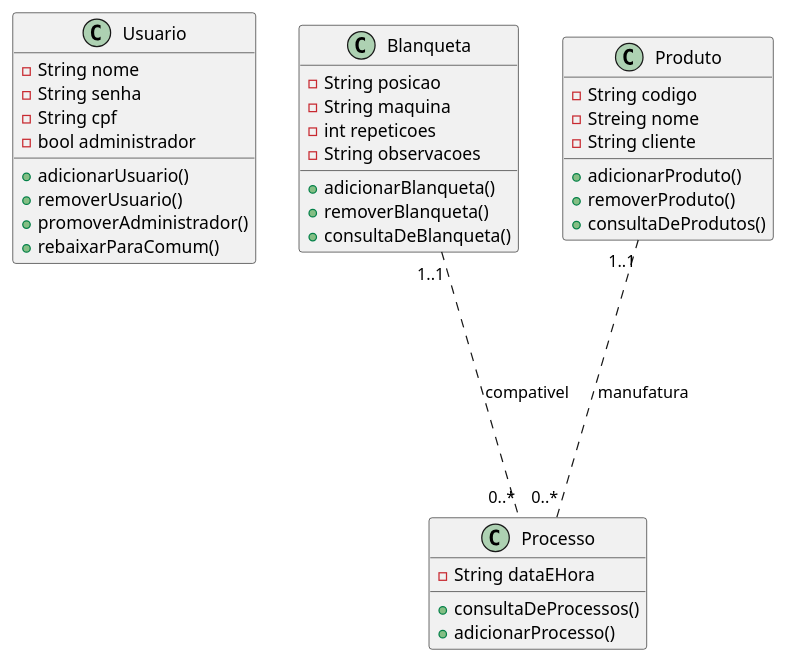
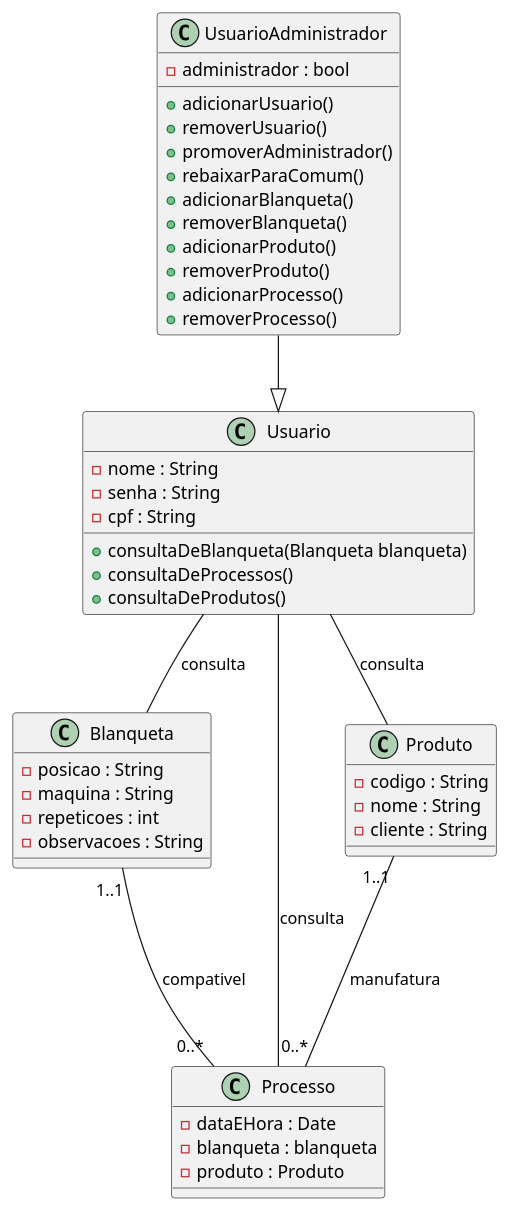
Before and after one commit to SoImRayh/AllController: the diagram in Diagramas/Classes.wsd, drawn with PlantUML. The commit also changed 7 other files, not shown here.

```diff
--- a/Diagramas/Classes.wsd
+++ b/Diagramas/Classes.wsd
@@ -1,40 +1,57 @@
 @startuml
 class Usuario{
-    -String nome
-    -String senha
-    -String cpf
-    -bool administrador
+    -nome : String
+    -senha : String
+    -cpf : String
+
+    +consultaDeBlanqueta(Blanqueta blanqueta)
+    +consultaDeProcessos()
+    +consultaDeProdutos()
+}
+class UsuarioAdministrador{
+    -administrador : bool
+    'controle de usuarios
     +adicionarUsuario()
     +removerUsuario()
     +promoverAdministrador()
     +rebaixarParaComum()
+    'controle de Blanquetas
+    +adicionarBlanqueta()
+    +removerBlanqueta()
+    'controle de Produtos
+    +adicionarProduto()
+    +removerProduto()
+    'controle de Processo
+    +adicionarProcesso()
+    +removerProcesso()
+}
+class Blanqueta{
+    -posicao : String
+    -maquina : String
+    -repeticoes : int
+    -observacoes : String
+}
+class Processo{
+    -dataEHora : Date
+    -blanqueta : blanqueta
+    -produto : Produto
+    
+}
+class Produto{
+    -codigo : String
+    -nome : String
+    -cliente : String
+    
     
 }
 
-class Blanqueta{
-    -String posicao
-    -String maquina
-    -int repeticoes
-    -String observacoes
-    +adicionarBlanqueta()
-    +removerBlanqueta()
-    +consultaDeBlanqueta()
-}
-class Processo{
-    -String dataEHora
-    +consultaDeProcessos()
-    +adicionarProcesso()
-}
 
-class Produto{
-    -String codigo
-    -Streing nome
-    -String cliente
-    +adicionarProduto()
-    +removerProduto()
-    +consultaDeProdutos()
-}
+Blanqueta "1..1" --- "0..*" Processo : compativel
+Produto"1..1" --- "0..*" Processo:manufatura
 
-Blanqueta "1..1" .... "0..*" Processo : compativel
-Produto"1..1" .... "0..*" Processo:manufatura
+UsuarioAdministrador --|> Usuario
+
+Usuario -- Processo : consulta
+Usuario --  Blanqueta : consulta
+Usuario -- Produto : consulta
 @enduml
```
